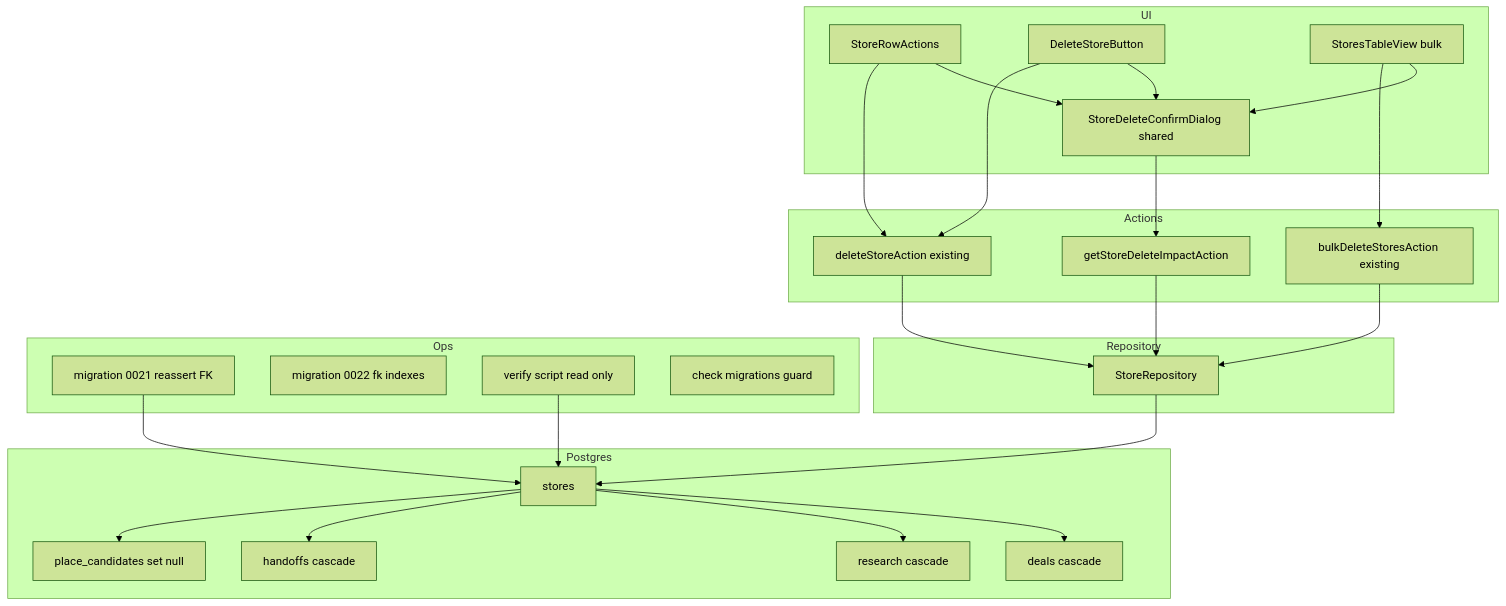
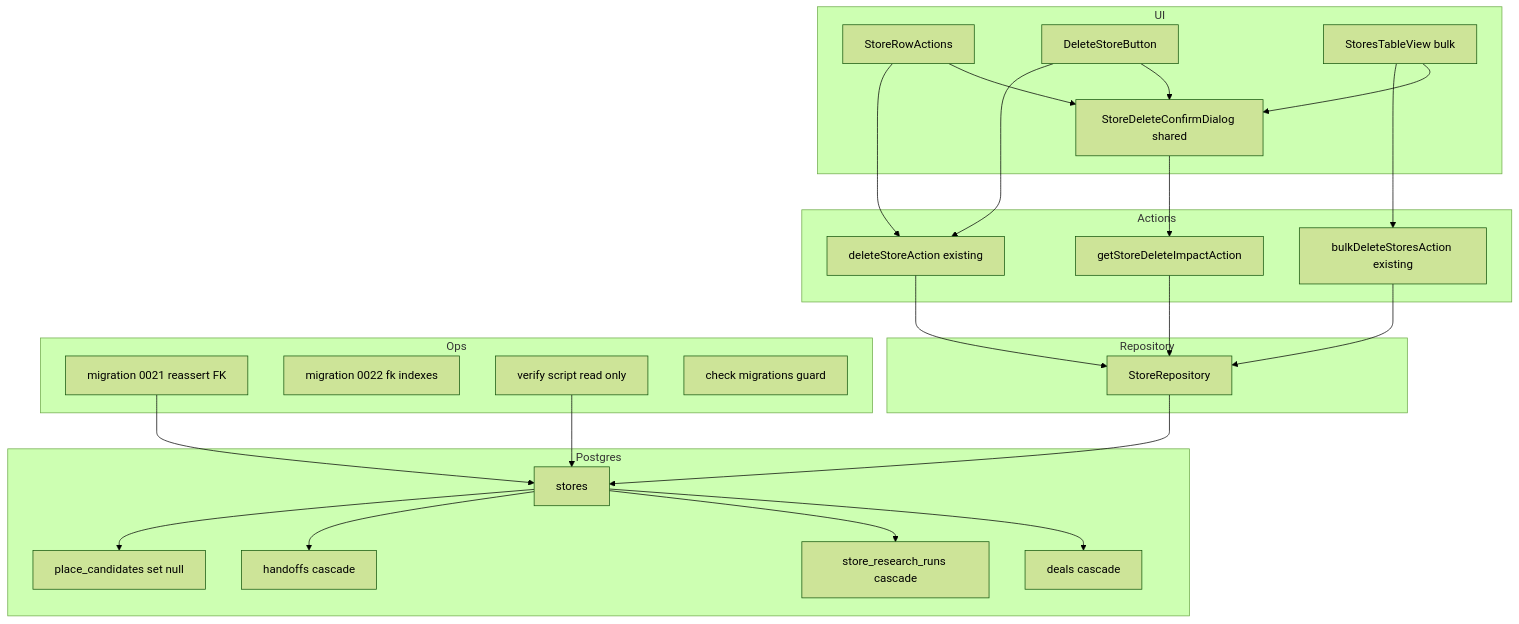
The first of 4 diagrams in .kiro/specs/store-cascade-delete/design.md (ManatoYamashita/fw-sales), drawn with Mermaid (forest theme) before and after one commit. The commit also changed other lines of this file and 9 other files, not shown here.

First line of the commit message:
fix(stores): 店舗削除ダイアログに store_research_runs の連鎖削除を開示する (#229) (#235)

````diff
--- a/.kiro/specs/store-cascade-delete/design.md
+++ b/.kiro/specs/store-cascade-delete/design.md
@@ -62,47 +62,47 @@
 ```mermaid
 graph TB
     subgraph UI
         RowActions[StoreRowActions]
         DetailBtn[DeleteStoreButton]
         BulkBar[StoresTableView bulk]
         Dialog[StoreDeleteConfirmDialog shared]
     end
     subgraph Actions
         ImpactAct[getStoreDeleteImpactAction]
         DelAct[deleteStoreAction existing]
         BulkAct[bulkDeleteStoresAction existing]
     end
     subgraph Repository
         Repo[StoreRepository]
     end
     subgraph Postgres
         StoresT[stores]
         DealsT[deals cascade]
-        ResearchT[research cascade]
+        RunsT[store_research_runs cascade]
         HandoffsT[handoffs cascade]
         CandT[place_candidates set null]
     end
     subgraph Ops
         Mig21[migration 0021 reassert FK]
         Mig22[migration 0022 fk indexes]
         Verify[verify script read only]
         CheckSh[check migrations guard]
     end
     RowActions --> Dialog
     DetailBtn --> Dialog
     BulkBar --> Dialog
     Dialog --> ImpactAct
     RowActions --> DelAct
     DetailBtn --> DelAct
     BulkBar --> BulkAct
     ImpactAct --> Repo
     DelAct --> Repo
     BulkAct --> Repo
     Repo --> StoresT
     StoresT --> DealsT
-    StoresT --> ResearchT
+    StoresT --> RunsT
     StoresT --> HandoffsT
     StoresT --> CandT
     Mig21 --> StoresT
     Verify --> StoresT
 ```
````
